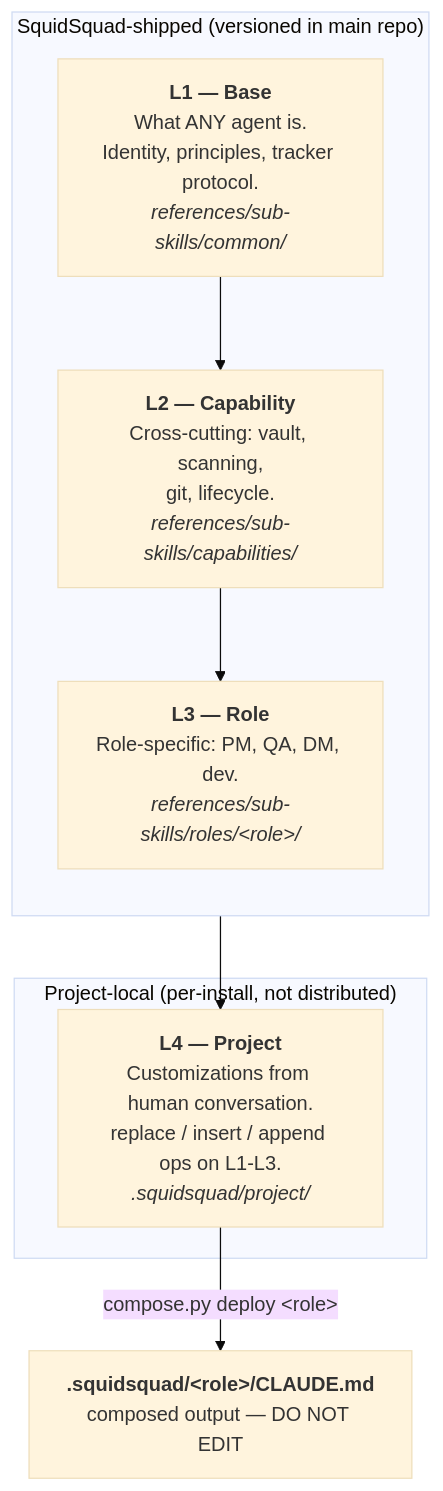
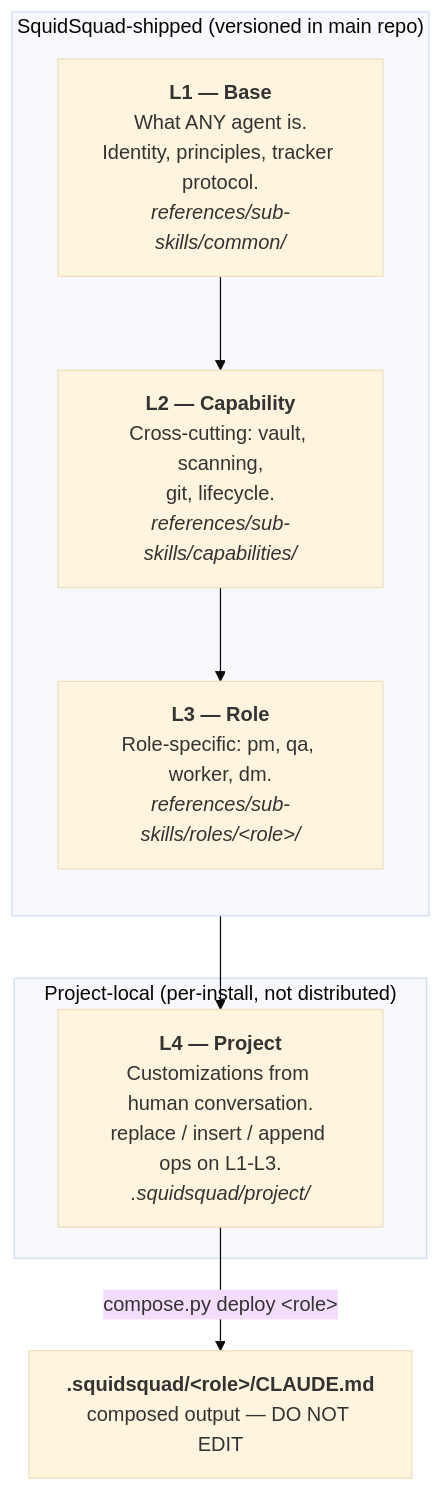
One commit to WallyDoodlez/SquidSquad changed the second of 8 diagrams in docs/COMPOSE-ARCHITECTURE.md. Above: the diagram before and after it, drawn with Mermaid (base theme). The commit also changed other lines of this file and 2 other files, not shown here.

First line of the commit message:
pm: compose-arch v2 fill-out + R3/R4 — sub-skill resolution, BNF, naming

````diff
--- a/docs/COMPOSE-ARCHITECTURE.md
+++ b/docs/COMPOSE-ARCHITECTURE.md
@@ -77,15 +77,15 @@
 ```mermaid
 flowchart TB
   subgraph SHIP["SquidSquad-shipped (versioned in main repo)"]
     direction TB
     L1["<b>L1 — Base</b><br/>What ANY agent is.<br/>Identity, principles, tracker protocol.<br/><i>references/sub-skills/common/</i>"]
     L2["<b>L2 — Capability</b><br/>Cross-cutting: vault, scanning,<br/>git, lifecycle.<br/><i>references/sub-skills/capabilities/</i>"]
-    L3["<b>L3 — Role</b><br/>Role-specific: PM, QA, DM, dev.<br/><i>references/sub-skills/roles/&lt;role&gt;/</i>"]
+    L3["<b>L3 — Role</b><br/>Role-specific: pm, qa, worker, dm.<br/><i>references/sub-skills/roles/&lt;role&gt;/</i>"]
     L1 --> L2 --> L3
   end
   subgraph LOCAL["Project-local (per-install, not distributed)"]
     L4["<b>L4 — Project</b><br/>Customizations from human conversation.<br/>replace / insert / append ops on L1-L3.<br/><i>.squidsquad/project/</i>"]
   end
   L3 --> L4
   L4 -->|"compose.py deploy &lt;role&gt;"| OUT["<b>.squidsquad/&lt;role&gt;/CLAUDE.md</b><br/>composed output — DO NOT EDIT"]
 ```
````
